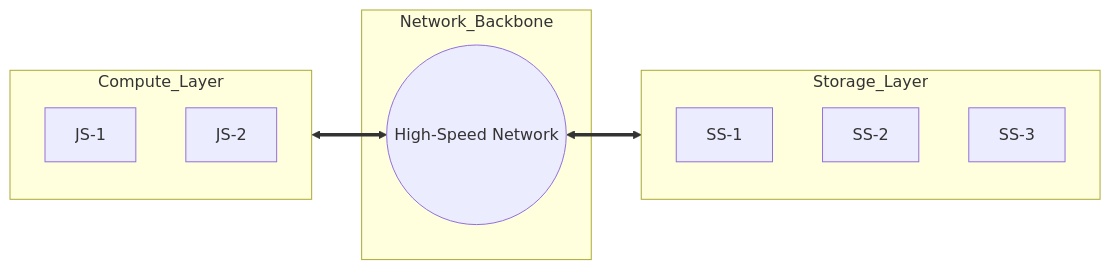
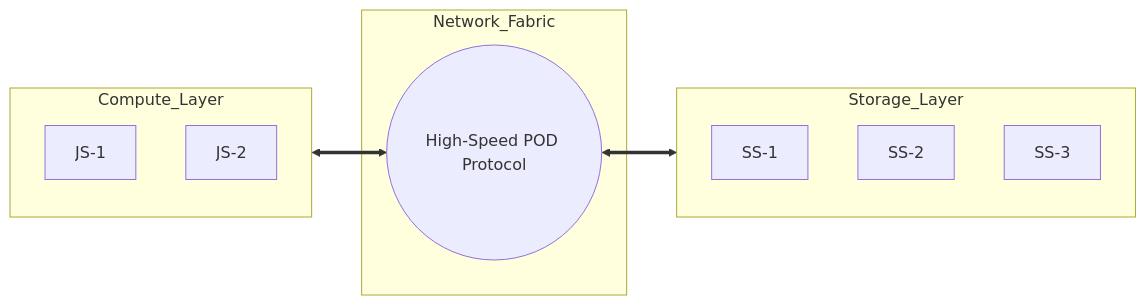
Before and after one commit to ujjwal-shekhar/DistributedNetworkFileSystem: the second of 2 diagrams in README.md, drawn with Mermaid. The commit also changed other lines of this file and 17 other files, not shown here.

````diff
--- a/README.md
+++ b/README.md
@@ -71,19 +127,19 @@
 ```mermaid
 graph LR
     subgraph Compute_Layer
         JS1[JS-1]
         JS2[JS-2]
     end
 
-    subgraph Network_Backbone
-        NET((High-Speed Network))
+    subgraph Network_Fabric
+        NET((High-Speed POD Protocol))
     end
 
     subgraph Storage_Layer
         SS1[SS-1]
         SS2[SS-2]
         SS3[SS-3]
     end
 
     Compute_Layer <==> NET <==> Storage_Layer
 ```
````
